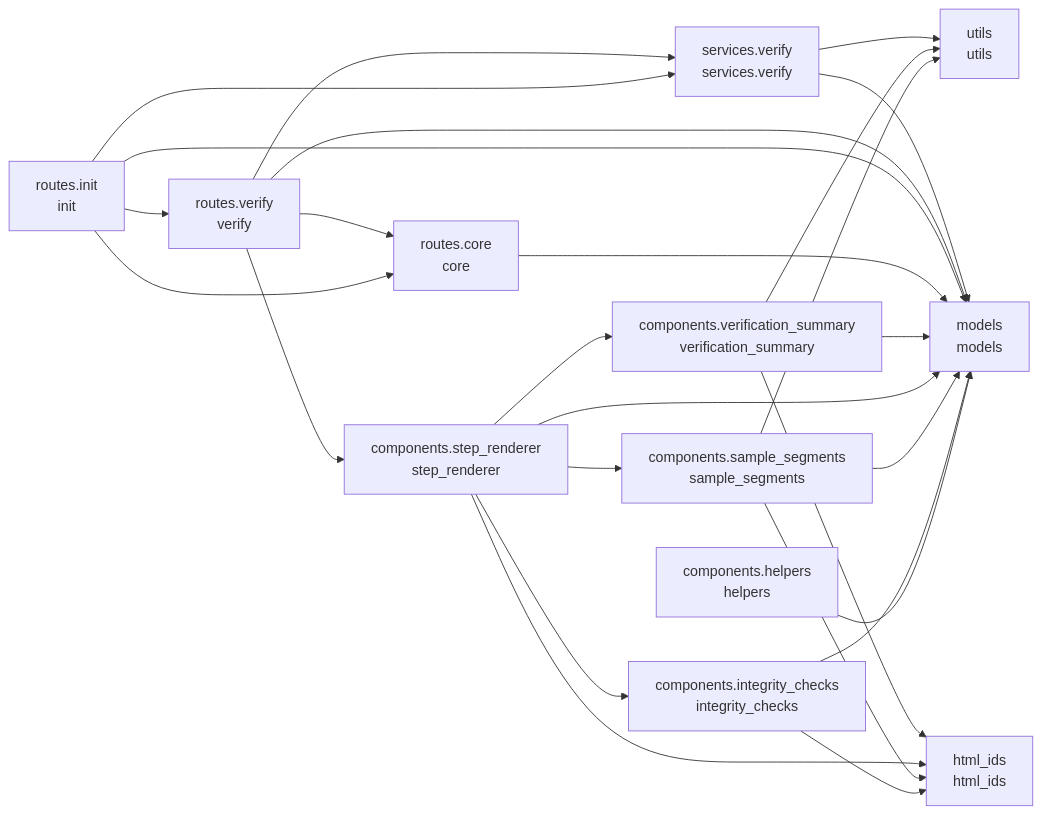
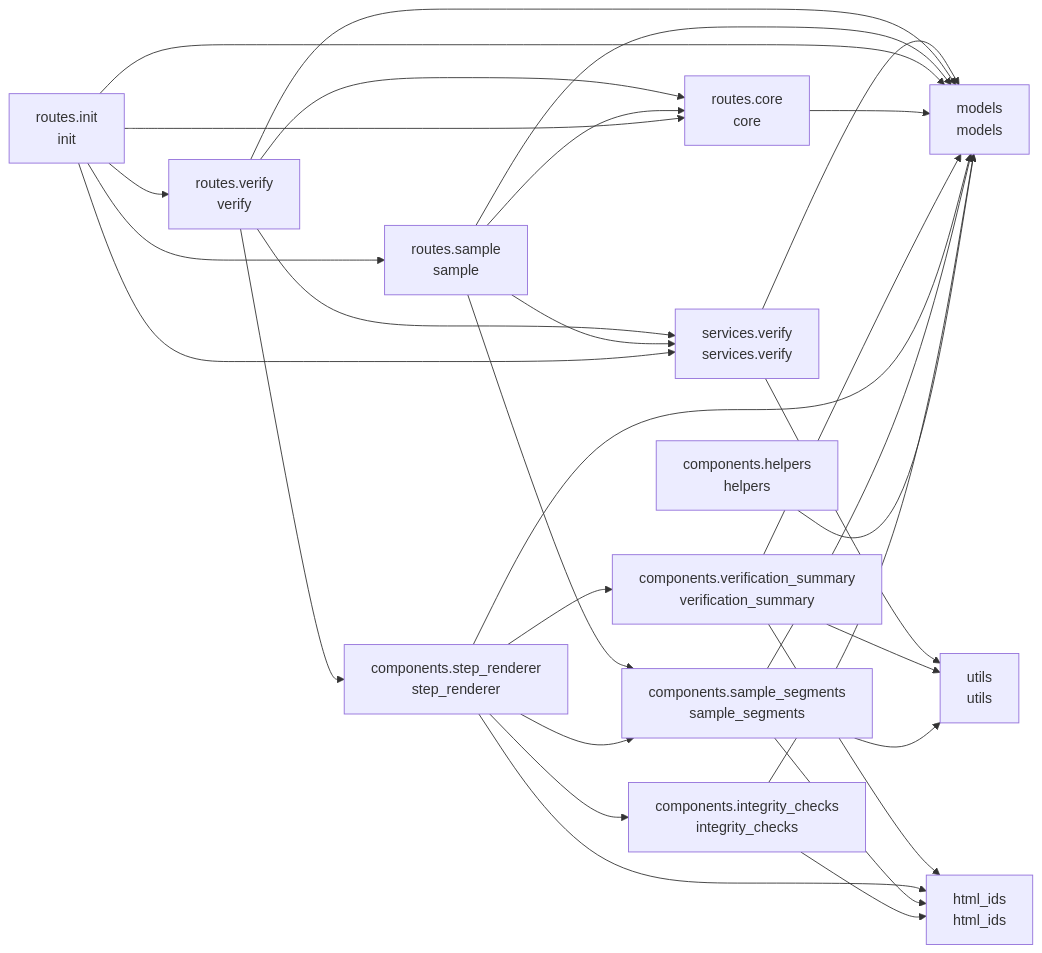
One commit to cj-mills/cjm-transcript-verify changed the diagram in README.md. Above: the diagram before and after it, drawn with Mermaid. The commit also changed other lines of this file and 11 other files, not shown here.

````diff
--- a/README.md
+++ b/README.md
@@ -35,41 +36,47 @@
 ``` mermaid
 graph LR
     components_helpers[components.helpers<br/>helpers]
     components_integrity_checks[components.integrity_checks<br/>integrity_checks]
     components_sample_segments[components.sample_segments<br/>sample_segments]
     components_step_renderer[components.step_renderer<br/>step_renderer]
     components_verification_summary[components.verification_summary<br/>verification_summary]
     html_ids[html_ids<br/>html_ids]
     models[models<br/>models]
     routes_core[routes.core<br/>core]
     routes_init[routes.init<br/>init]
+    routes_sample[routes.sample<br/>sample]
     routes_verify[routes.verify<br/>verify]
     services_verify[services.verify<br/>services.verify]
     utils[utils<br/>utils]
 
     components_helpers --> models
+    components_integrity_checks --> html_ids
     components_integrity_checks --> models
-    components_integrity_checks --> html_ids
+    components_sample_segments --> html_ids
+    components_sample_segments --> models
     components_sample_segments --> utils
-    components_sample_segments --> models
-    components_sample_segments --> html_ids
     components_step_renderer --> components_sample_segments
+    components_step_renderer --> html_ids
     components_step_renderer --> models
     components_step_renderer --> components_verification_summary
-    components_step_renderer --> html_ids
     components_step_renderer --> components_integrity_checks
+    components_verification_summary --> html_ids
     components_verification_summary --> utils
     components_verification_summary --> models
-    components_verification_summary --> html_ids
     routes_core --> models
     routes_init --> models
+    routes_init --> services_verify
+    routes_init --> routes_sample
     routes_init --> routes_verify
-    routes_init --> services_verify
     routes_init --> routes_core
+    routes_sample --> models
+    routes_sample --> services_verify
+    routes_sample --> routes_core
+    routes_sample --> components_sample_segments
+    routes_verify --> models
     routes_verify --> services_verify
+    routes_verify --> components_step_renderer
     routes_verify --> routes_core
-    routes_verify --> components_step_renderer
-    routes_verify --> models
     services_verify --> models
     services_verify --> utils
 ```
````
